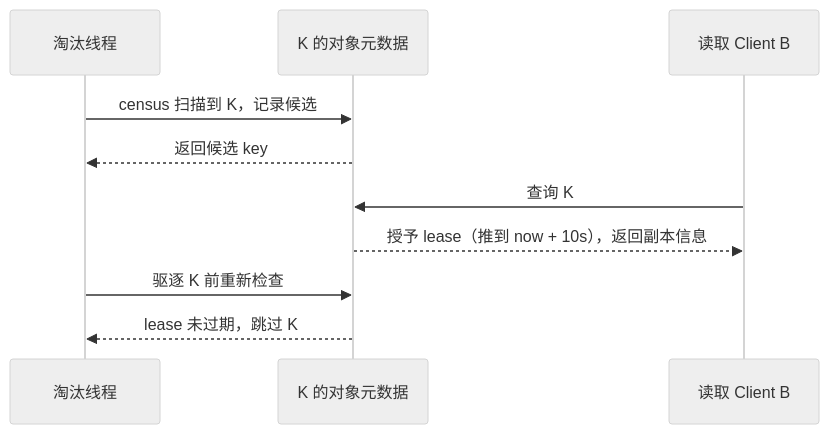
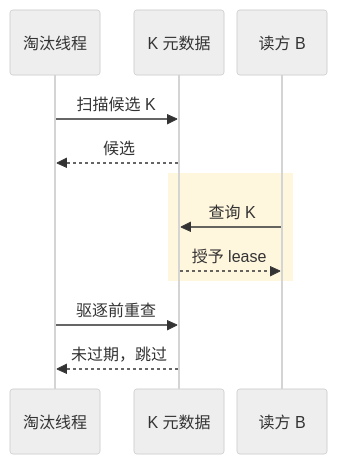
One commit to Hansyangxingxiang/Mooncake changed the diagram in mooncake-kv-cache-series/wechat/09-cache-eviction.md. Above: the diagram before and after it, drawn with Mermaid (neutral theme). The commit also changed other lines of this file and 66 other files, not shown here.

First line of the commit message:
[Docs] Refine WeChat KV cache diagrams and mobile publish artifacts

````diff
--- a/mooncake-kv-cache-series/wechat/09-cache-eviction.md
+++ b/mooncake-kv-cache-series/wechat/09-cache-eviction.md
@@ -28,12 +28,15 @@
 ```mermaid
+%%{init: {"sequence": {"width": 90, "actorMargin": 8, "messageMargin": 22}}}%%
 sequenceDiagram
     participant E as 淘汰线程
-    participant M as K 的对象元数据
-    participant R as 读取 Client B
-    E->>M: census 扫描到 K，记录候选
-    M-->>E: 返回候选 key
-    R->>M: 查询 K
-    M-->>R: 授予 lease（推到 now + 10s），返回副本信息
-    E->>M: 驱逐 K 前重新检查
-    M-->>E: lease 未过期，跳过 K
+    participant M as K 元数据
+    participant B as 读方 B
+    E->>M: 扫描候选 K
+    M-->>E: 候选
+    rect rgb(255, 246, 222)
+    B->>M: 查询 K
+    M-->>B: 授予 lease
+    end
+    E->>M: 驱逐前重查
+    M-->>E: 未过期，跳过
 ```
````
